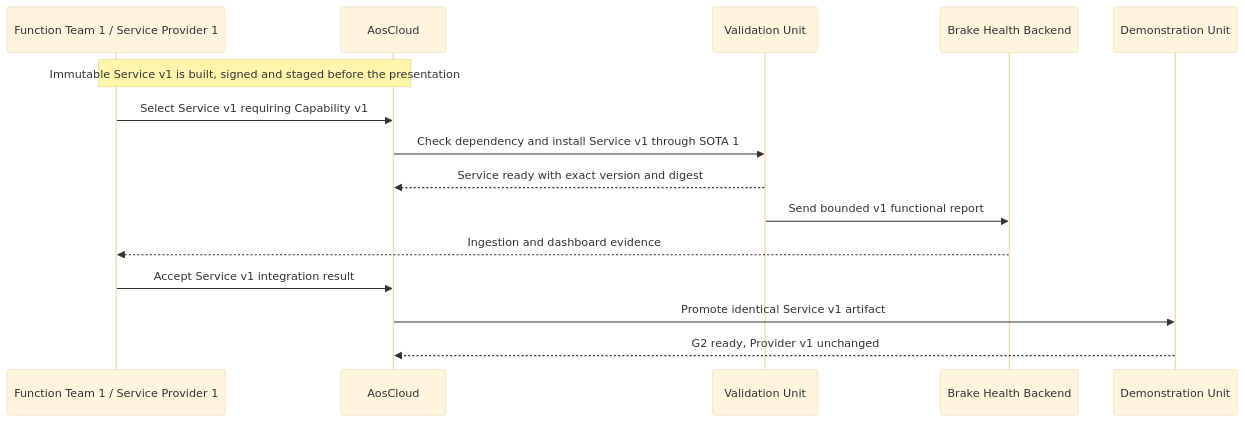
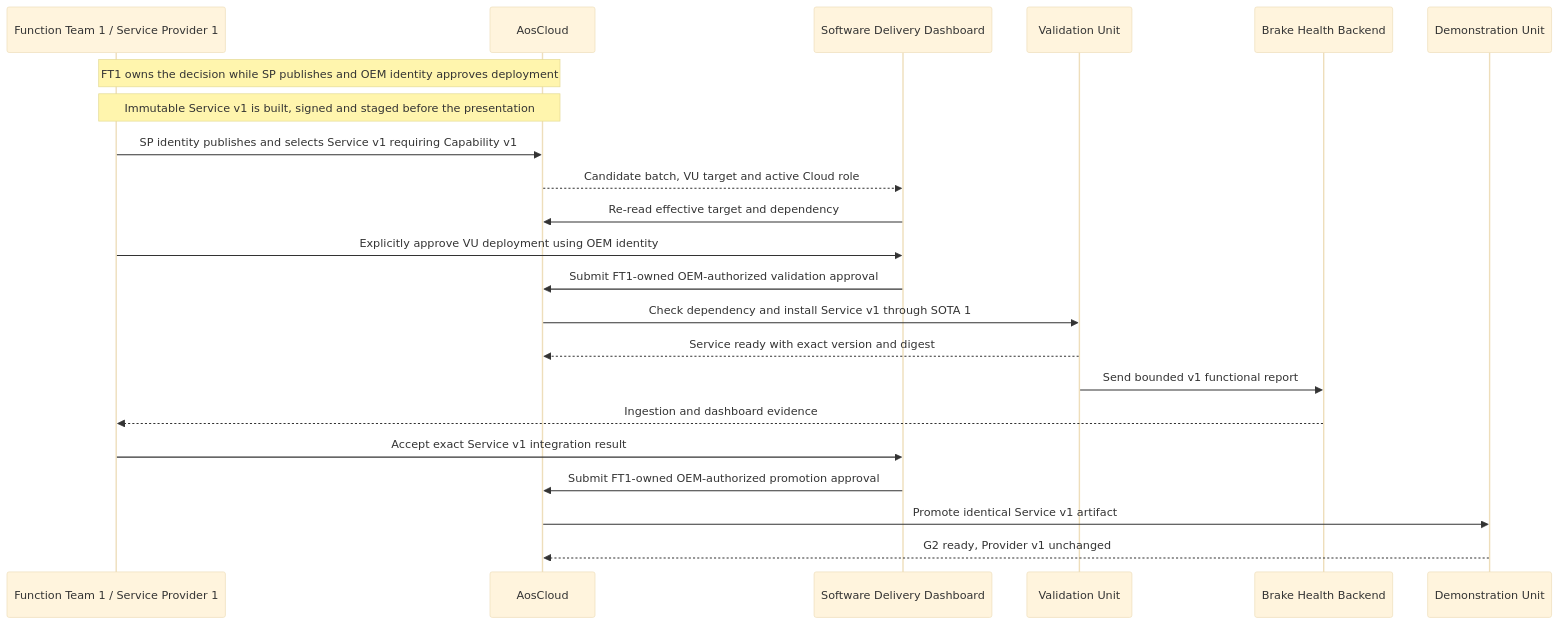
Before and after one commit to alexmaninblack/aosedge-sdv-demo: the seventh of 17 diagrams in docs/architecture/demo-scenario-architecture-flows.md, drawn with Mermaid (base theme). The commit also changed other lines of this file and 9 other files, not shown here.

````diff
--- a/docs/architecture/demo-scenario-architecture-flows.md
+++ b/docs/architecture/demo-scenario-architecture-flows.md
@@ -439,18 +452,25 @@
 ```mermaid
 sequenceDiagram
     participant FT1 as Function Team 1 / Service Provider 1
     participant AC as AosCloud
+    participant SD as Software Delivery Dashboard
     participant VU as Validation Unit
     participant BE as Brake Health Backend
     participant DU as Demonstration Unit
 
+    Note over FT1,AC: FT1 owns the decision while SP publishes and OEM identity approves deployment
     Note over FT1,AC: Immutable Service v1 is built, signed and staged before the presentation
-    FT1->>AC: Select Service v1 requiring Capability v1
+    FT1->>AC: SP identity publishes and selects Service v1 requiring Capability v1
+    AC-->>SD: Candidate batch, VU target and active Cloud role
+    SD->>AC: Re-read effective target and dependency
+    FT1->>SD: Explicitly approve VU deployment using OEM identity
+    SD->>AC: Submit FT1-owned OEM-authorized validation approval
     AC->>VU: Check dependency and install Service v1 through SOTA 1
     VU-->>AC: Service ready with exact version and digest
     VU->>BE: Send bounded v1 functional report
     BE-->>FT1: Ingestion and dashboard evidence
-    FT1->>AC: Accept Service v1 integration result
+    FT1->>SD: Accept exact Service v1 integration result
+    SD->>AC: Submit FT1-owned OEM-authorized promotion approval
     AC->>DU: Promote identical Service v1 artifact
     DU-->>AC: G2 ready, Provider v1 unchanged
 ```
````
